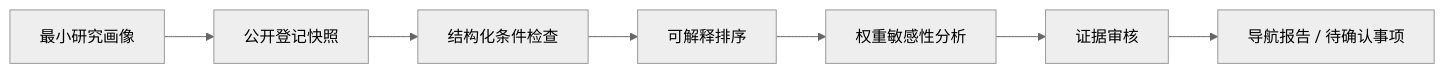
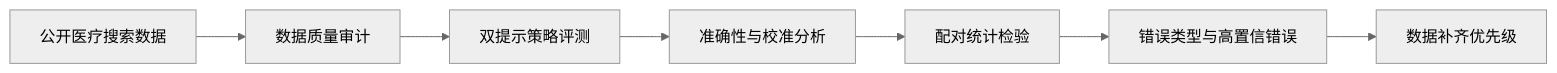
The diagram in README.md (Jacob-Zjy/neuro-nav-agent), drawn with Mermaid (neutral theme) before and after one commit. The commit also changed other lines of this file and 114 other files, not shown here.

````diff
--- a/README.md
+++ b/README.md
@@ -55,9 +24,9 @@
 ```mermaid
 flowchart LR
-    A["最小研究画像"] --> B["公开登记快照"]
-    B --> C["结构化条件检查"]
-    C --> D["可解释排序"]
-    D --> E["权重敏感性分析"]
-    E --> F["证据审核"]
-    F --> G["导航报告 / 待确认事项"]
+    A[公开医疗搜索数据] --> B[数据质量审计]
+    B --> C[双提示策略评测]
+    C --> D[准确性与校准分析]
+    D --> E[配对统计检验]
+    E --> F[错误类型与高置信错误]
+    F --> G[数据补齐优先级]
 ```
````
